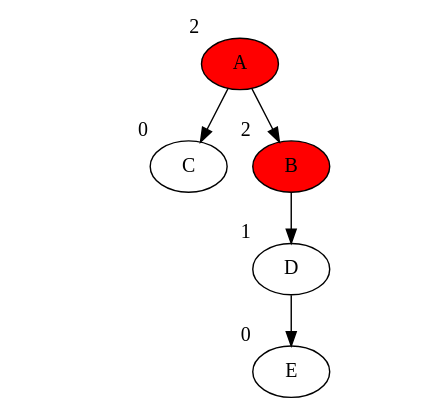
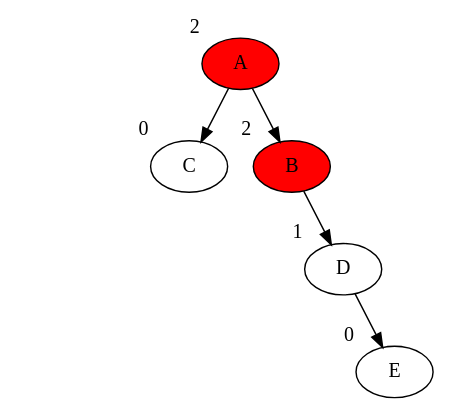
One commit to ssemenova/graphviz-trees changed the diagram in 250/11-3.dot. Above: the diagram before and after it, drawn with Graphviz. The commit also changed 5 other files, not shown here.

```diff
--- a/250/11-3.dot
+++ b/250/11-3.dot
@@ -1,21 +1,39 @@
 strict digraph {
     rank1 [style=invisible];
     rank2 [style=invisible];
     rank3 [style=invisible];
+    rank4 [style=invisible];
     rank1 -> rank2 [color=white];
 
     A [style = filled, xlabel = "2", fillcolor = red];
     B [style = filled, xlabel = "2", fillcolor = red];
     C [xlabel = "0"];
     D [xlabel = "1"];
     E [xlabel = "0"];
+
+    f [style=invis];
+    g [style=invis];
+    B -> f [style=invis];
+    D -> g [style=invis];
+
     A -> B;
     A -> C;
     B -> D;
     D -> E;
 
     {
         rank = same;
         rank2 -> C -> B [style=invis];
     }
+
+    {
+        rank = same;
+        rank3 -> f -> D [style=invis];
+    }
+    
+    {
+        rank = same;
+        rank4 -> g -> E [style=invis];
+    }
+
 }
```
